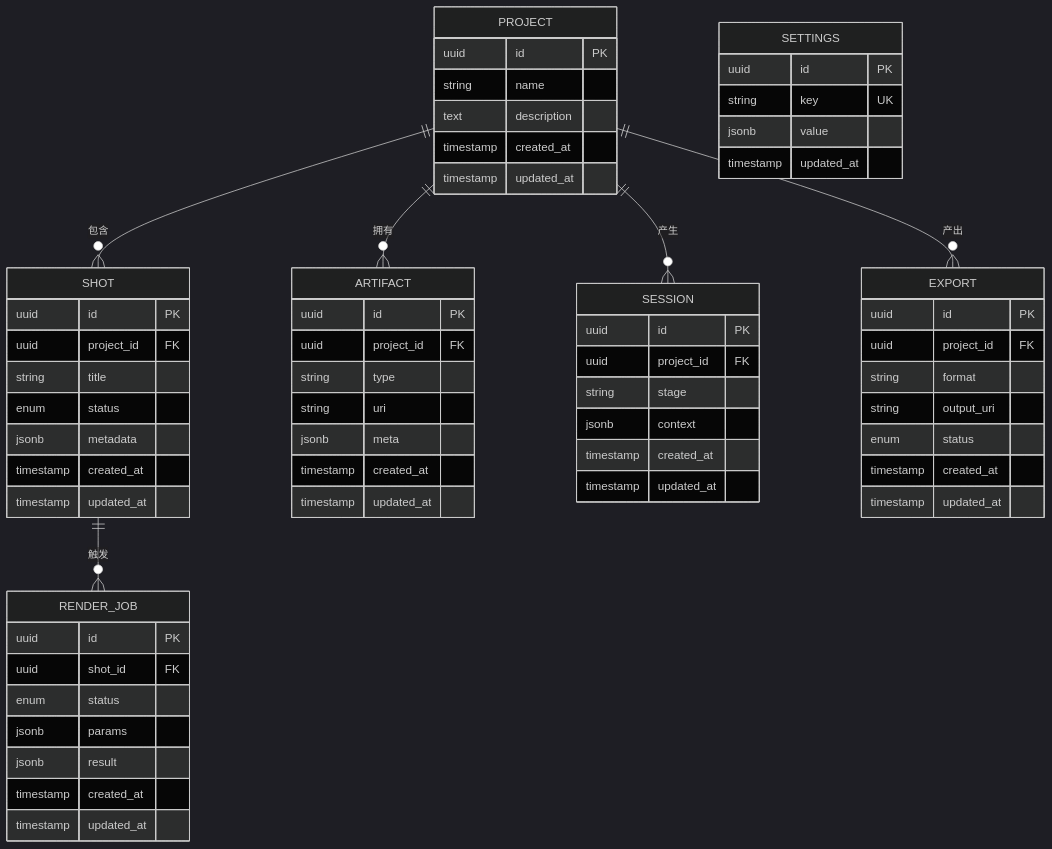
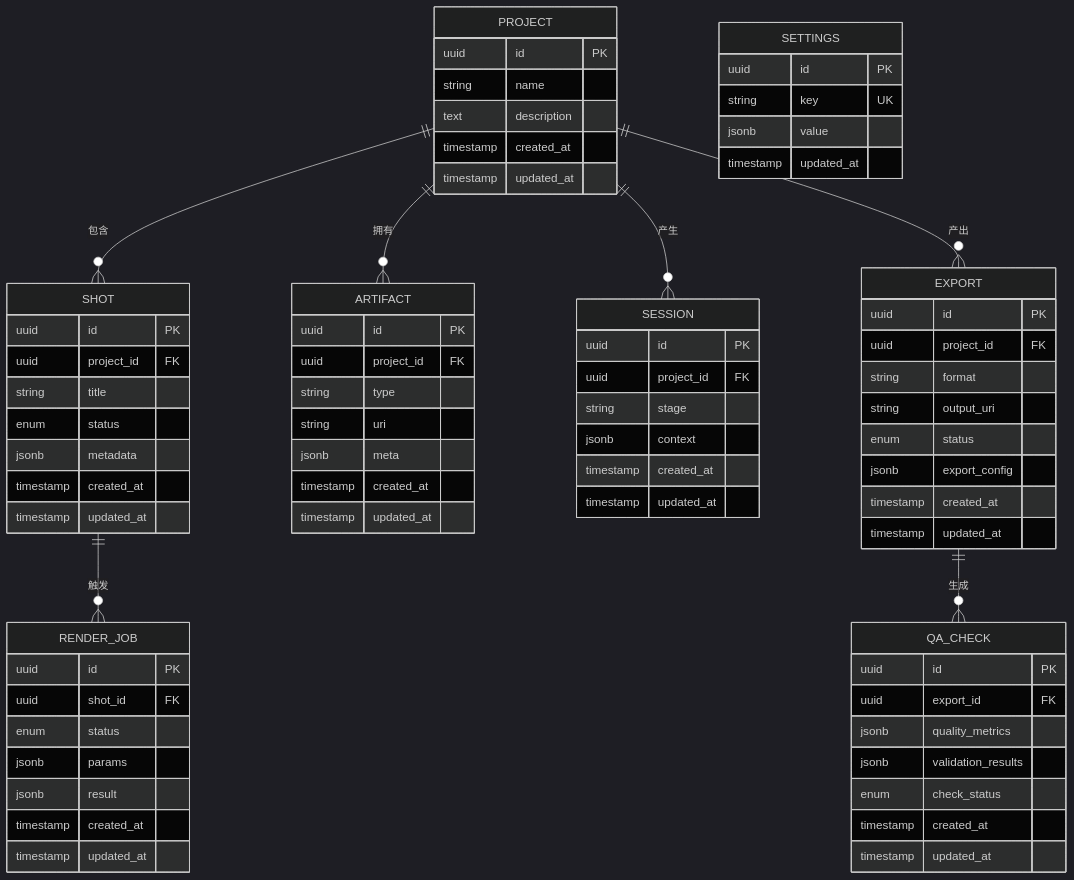
One commit to AIMFllyYS/code-video-canvas changed the third of 6 diagrams in .qoder/repowiki/zh/content/数据库设计.md. Above: the diagram before and after it, drawn with Mermaid (dark theme). The commit also changed other lines of this file and 7 other files, not shown here.

````diff
--- a/.qoder/repowiki/zh/content/数据库设计.md
+++ b/.qoder/repowiki/zh/content/数据库设计.md
@@ -145,65 +170,76 @@
 ```mermaid
 erDiagram
 PROJECT {
 uuid id PK
 string name
 text description
 timestamp created_at
 timestamp updated_at
 }
 SHOT {
 uuid id PK
 uuid project_id FK
 string title
 enum status
 jsonb metadata
 timestamp created_at
 timestamp updated_at
 }
 ARTIFACT {
 uuid id PK
 uuid project_id FK
 string type
 string uri
 jsonb meta
 timestamp created_at
 timestamp updated_at
 }
 SESSION {
 uuid id PK
 uuid project_id FK
 string stage
 jsonb context
 timestamp created_at
 timestamp updated_at
 }
 RENDER_JOB {
 uuid id PK
 uuid shot_id FK
 enum status
 jsonb params
 jsonb result
 timestamp created_at
 timestamp updated_at
 }
 EXPORT {
 uuid id PK
 uuid project_id FK
 string format
 string output_uri
 enum status
+jsonb export_config
+timestamp created_at
+timestamp updated_at
+}
+QA_CHECK {
+uuid id PK
+uuid export_id FK
+jsonb quality_metrics
+jsonb validation_results
+enum check_status
 timestamp created_at
 timestamp updated_at
 }
 SETTINGS {
 uuid id PK
 string key UK
 jsonb value
 timestamp updated_at
 }
 PROJECT ||--o{ SHOT : "包含"
 PROJECT ||--o{ ARTIFACT : "拥有"
 PROJECT ||--o{ SESSION : "产生"
 PROJECT ||--o{ EXPORT : "产出"
 SHOT ||--o{ RENDER_JOB : "触发"
+EXPORT ||--o{ QA_CHECK : "生成"
 ```
````
